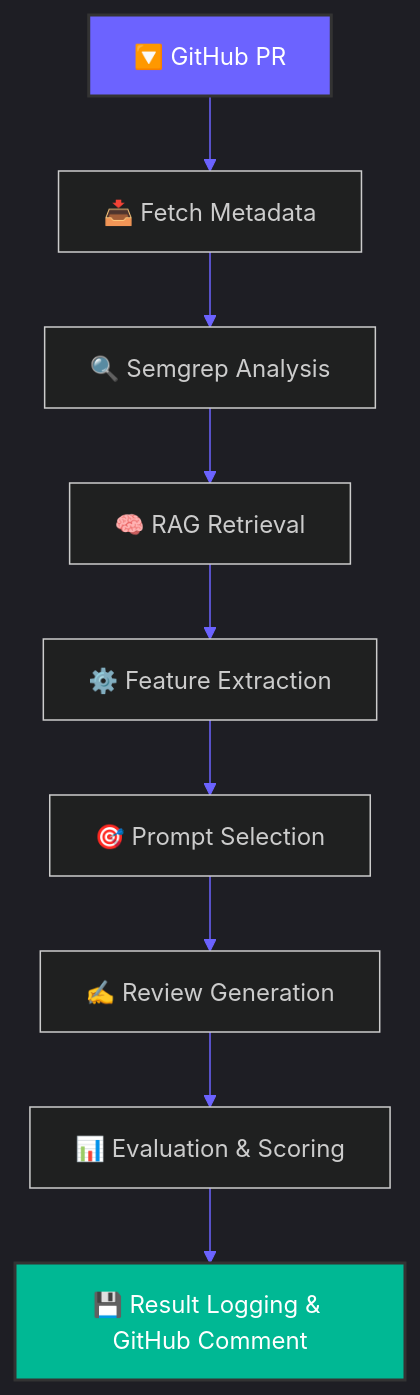
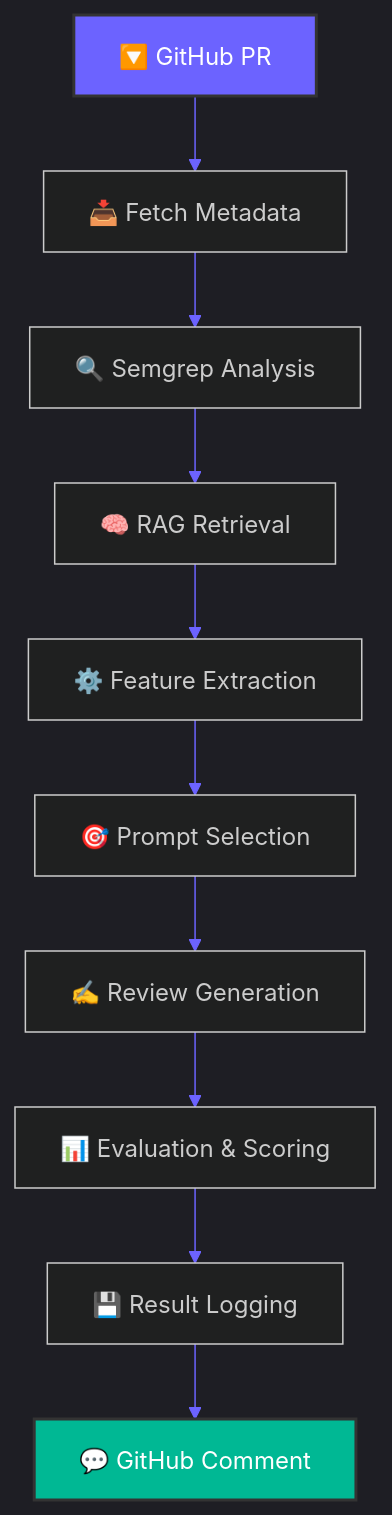
The first of 3 diagrams in README.md (JAIMEENCHAUHAN/PRISM-AI), drawn with Mermaid before and after one commit. The commit also changed other lines of this file, not shown here.

````diff
--- a/README.md
+++ b/README.md
@@ -49,15 +89,16 @@
 ```mermaid
-%%{init: {'theme':'dark', 'themeVariables': { 'primaryColor': '#6C63FF','primaryTextColor':'#fff','lineColor':'#6C63FF'}}}%%
+%%{init: {'theme':'dark', 'themeVariables': {'primaryColor':'#6C63FF','primaryTextColor':'#fff','lineColor':'#6C63FF'}}}%%
 flowchart TD
     A[🔽 GitHub PR] --> B[📥 Fetch Metadata]
     B --> C[🔍 Semgrep Analysis]
     C --> D[🧠 RAG Retrieval]
     D --> E[⚙️ Feature Extraction]
     E --> F[🎯 Prompt Selection]
     F --> G[✍️ Review Generation]
     G --> H[📊 Evaluation & Scoring]
-    H --> I[💾 Result Logging & GitHub Comment]
+    H --> I[💾 Result Logging]
+    I --> J[💬 GitHub Comment]
 
     style A fill:#6C63FF,color:#fff,stroke:#333,stroke-width:2px
-    style I fill:#00B894,color:#fff,stroke:#333,stroke-width:2px
+    style J fill:#00B894,color:#fff,stroke:#333,stroke-width:2px
 ```
````
